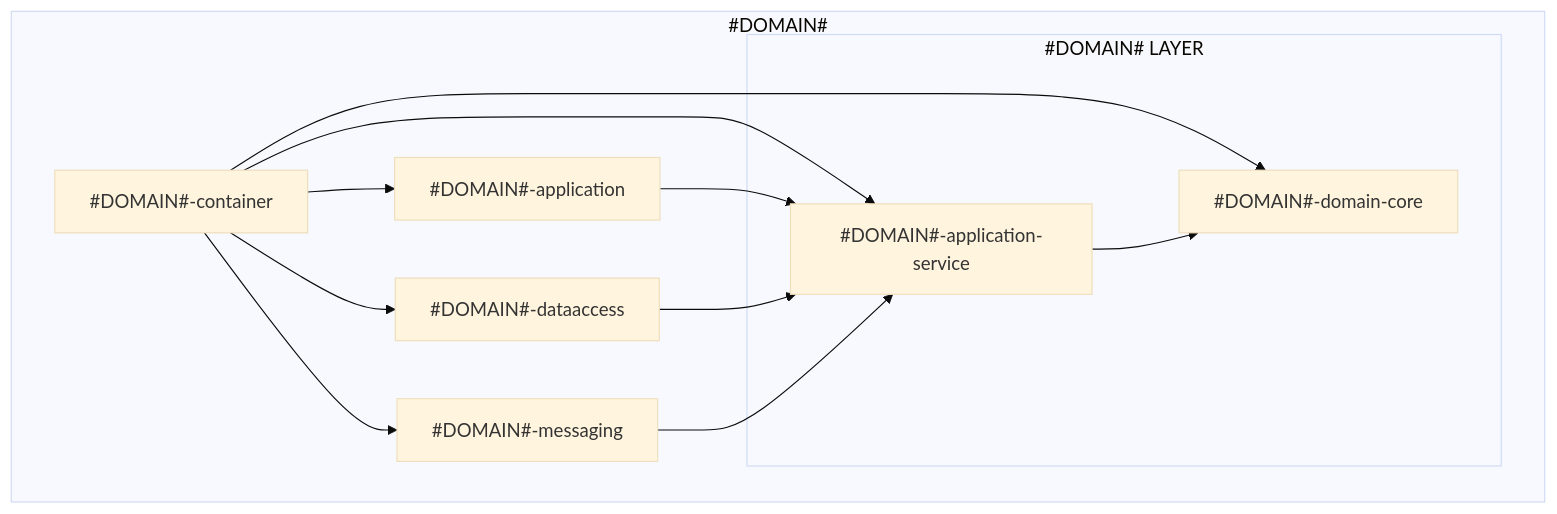
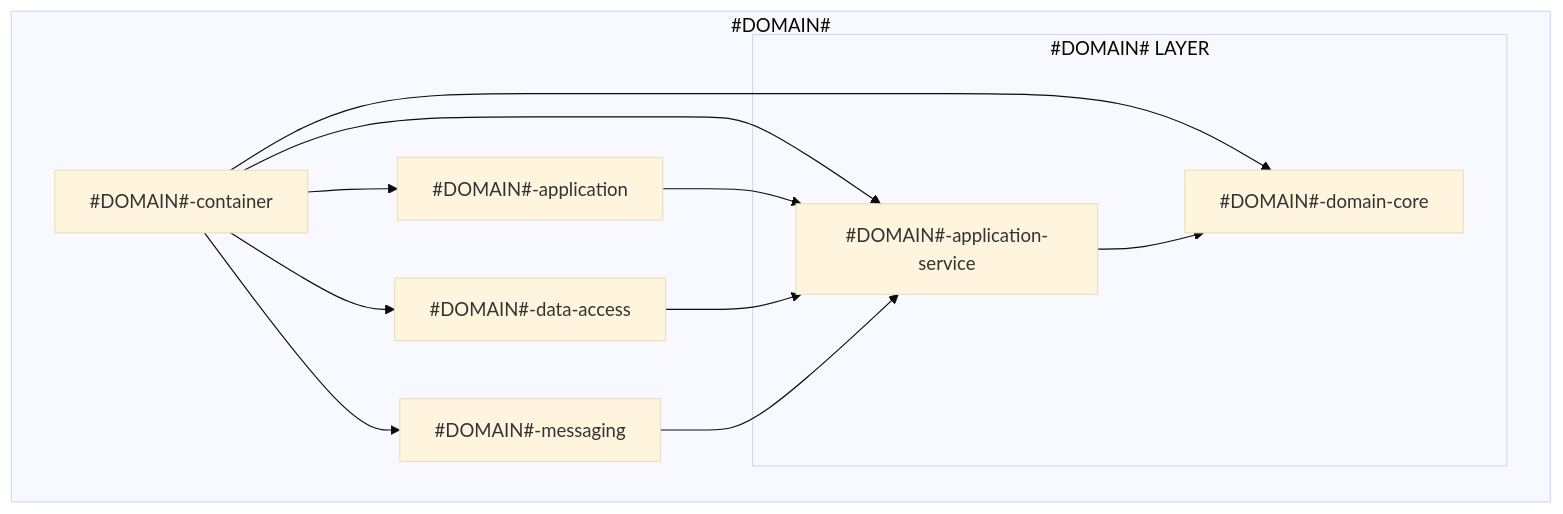
The diagram in README.md (ahnjehoon/ddd-practice), drawn with Mermaid (base theme) before and after one commit. The commit also changed other lines of this file and 5 other files, not shown here.

Commit message:
chore: data-access 이름 변경

````diff
--- a/README.md
+++ b/README.md
@@ -16,27 +16,27 @@
 ```mermaid
 graph TD
     subgraph "#DOMAIN#"
         #DOMAIN#-container
         #DOMAIN#-application
-        #DOMAIN#-dataaccess
+        #DOMAIN#-data-access
         #DOMAIN#-messaging
         
         subgraph "#DOMAIN# LAYER"
             #DOMAIN#-domain-core
             #DOMAIN#-application-service
         end
     end
 
     %% 의존성 관계
     #DOMAIN#-container --> #DOMAIN#-application
-    #DOMAIN#-container --> #DOMAIN#-dataaccess
+    #DOMAIN#-container --> #DOMAIN#-data-access
     #DOMAIN#-container --> #DOMAIN#-messaging
     #DOMAIN#-container --> #DOMAIN#-domain-core
     #DOMAIN#-container --> #DOMAIN#-application-service
     
     #DOMAIN#-application --> #DOMAIN#-application-service
-    #DOMAIN#-dataaccess --> #DOMAIN#-application-service
+    #DOMAIN#-data-access --> #DOMAIN#-application-service
     #DOMAIN#-messaging --> #DOMAIN#-application-service
     
     #DOMAIN#-application-service --> #DOMAIN#-domain-core
 ```
````
